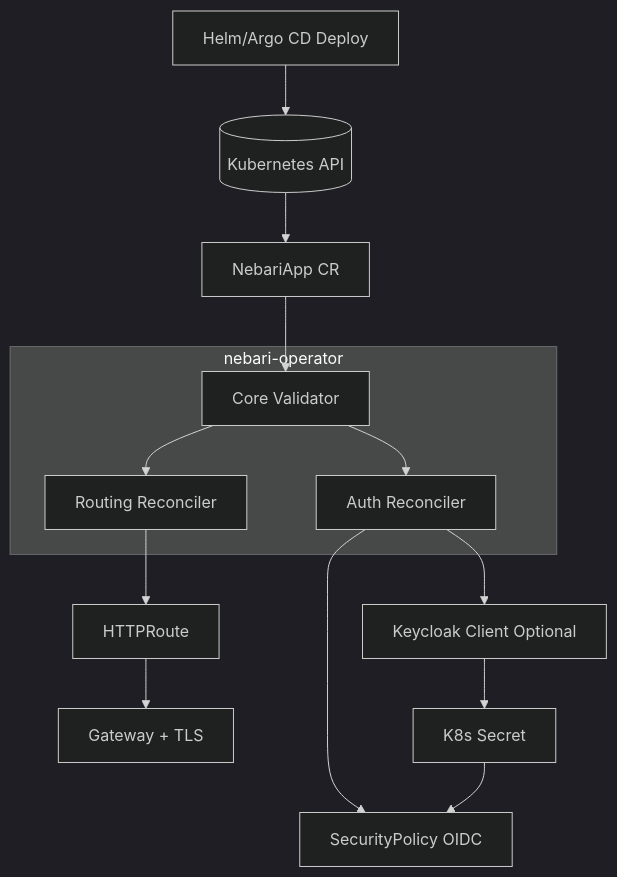
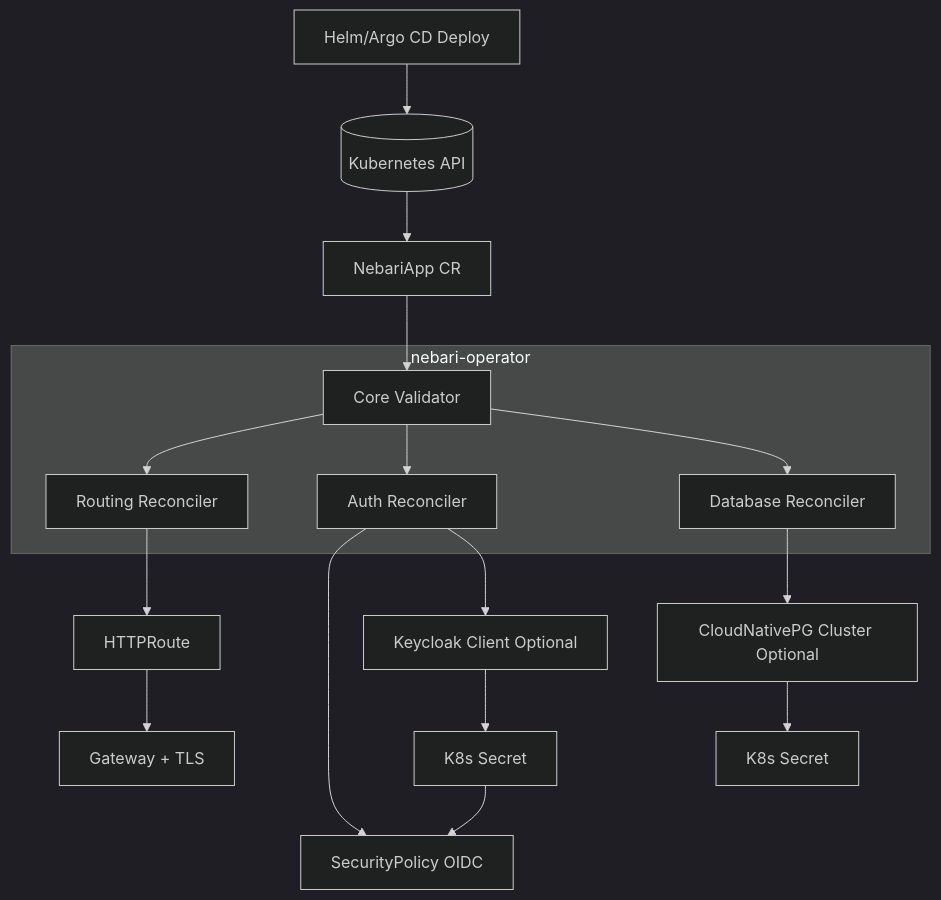
Before and after one commit to nebari-dev/nebari-operator: the first of 2 diagrams in docs/reconcilers/README.md, drawn with Mermaid (dark theme). The commit also changed other lines of this file and 6 other files, not shown here.

First line of the commit message:
docs(database): sample, reconciler doc, API reference

````diff
--- a/docs/reconcilers/README.md
+++ b/docs/reconcilers/README.md
@@ -26,20 +27,24 @@
 ```mermaid
 flowchart TB
   Helm[Helm/Argo CD Deploy] --> K8s[(Kubernetes API)]
   K8s --> AppCR[NebariApp CR]
 
   subgraph Operator[nebari-operator]
     Core[Core Validator]
     Routing[Routing Reconciler]
     Auth[Auth Reconciler]
+    Database[Database Reconciler]
   end
 
   AppCR --> Core
   Core --> Routing --> HTTPRoute[HTTPRoute]
   HTTPRoute --> Gateway[Gateway + TLS]
 
   Core --> Auth --> SecPol[SecurityPolicy OIDC]
   Auth --> KC[Keycloak Client Optional]
   KC --> Secret[K8s Secret]
   Secret --> SecPol
+
+  Core --> Database --> PG[CloudNativePG Cluster Optional]
+  PG --> DBSecret[K8s Secret]
 ```
````
